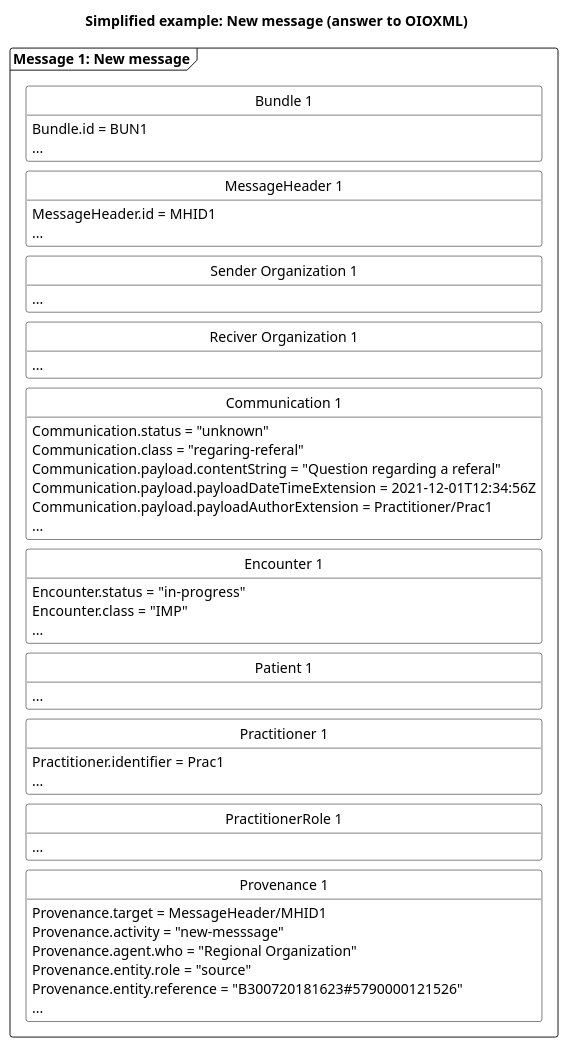
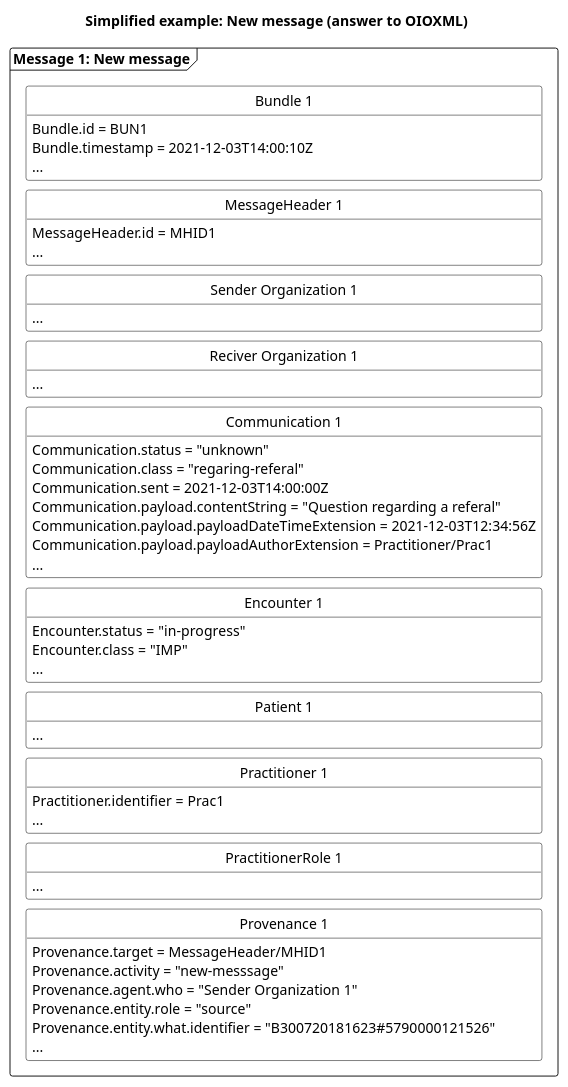
One commit to medcomdk/dk-medcom-carecommunication changed the diagram in puml/CareCommunicationReplyMessageToOIOXML.puml. Above: the diagram before and after it, drawn with PlantUML. The commit also changed 30 other files, not shown here.

```diff
--- a/puml/CareCommunicationReplyMessageToOIOXML.puml
+++ b/puml/CareCommunicationReplyMessageToOIOXML.puml
@@ -1,79 +1,81 @@
 @startuml CCNewMessageOIOXML
 
 'layout
 skinparam class {
     BackgroundColor White
     BorderColor Black
     ArrowColor Black
   }
 hide circle
 hide empty members
 skinparam SameClassWidth true
 skinparam Ranksep 10
 
 
 'title
 title Simplified example: New message (answer to OIOXML)
 
 'Message 1: New message
 package "Message 1: New message" as new <<Frame>>{
     class "Bundle 1" as newB {
         Bundle.id = BUN1
+        Bundle.timestamp = 2021-12-03T14:00:10Z
         ...
     }
     class "MessageHeader 1" as newMH{
         MessageHeader.id = MHID1
         ...
     }
     class "Sender Organization 1" as newSOrg{
         ...
     }
     class "Reciver Organization 1" as newROrg{
         ...
     }
     class "Communication 1" as newCom{
         Communication.status = "unknown"
         Communication.class = "regaring-referal"
+        Communication.sent = 2021-12-03T14:00:00Z
         Communication.payload.contentString = "Question regarding a referal"
-        Communication.payload.payloadDateTimeExtension = 2021-12-01T12:34:56Z
+        Communication.payload.payloadDateTimeExtension = 2021-12-03T12:34:56Z
         Communication.payload.payloadAuthorExtension = Practitioner/Prac1
         ...
     }
     class "Encounter 1" as newENC{
         Encounter.status = "in-progress"
         Encounter.class = "IMP"
         ...
     }
     class "Patient 1" as newPT{
         ...
     }
     class "Practitioner 1" as newPrac{
         Practitioner.identifier = Prac1
         ...
     }
     class "PractitionerRole 1" as newPracR{
         ...
     }
     class "Provenance 1" as newPRO{
         Provenance.target = MessageHeader/MHID1
         Provenance.activity = "new-messsage"
-        Provenance.agent.who = "Regional Organization"
+        Provenance.agent.who = "Sender Organization 1"
         Provenance.entity.role = "source"
-        Provenance.entity.reference = "B300720181623#5790000121526"
+        Provenance.entity.what.identifier = "B300720181623#5790000121526"
         ...
     }
 
 newB -[hidden]- newMH
 newMH -[hidden]- newSOrg
 newSOrg-[hidden]-newROrg
 newROrg-[hidden]-newCom
 newCom -[hidden]- newENC
 newENC-[hidden]-newPT
 newPT-[hidden]-newPrac
 newPrac-[hidden]-newPracR
 newPracR-[hidden]-newPRO
 
 
 
 }
 @enduml
```
